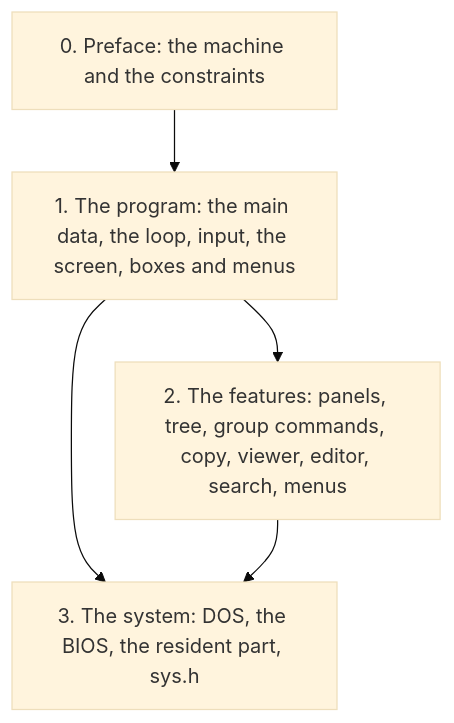
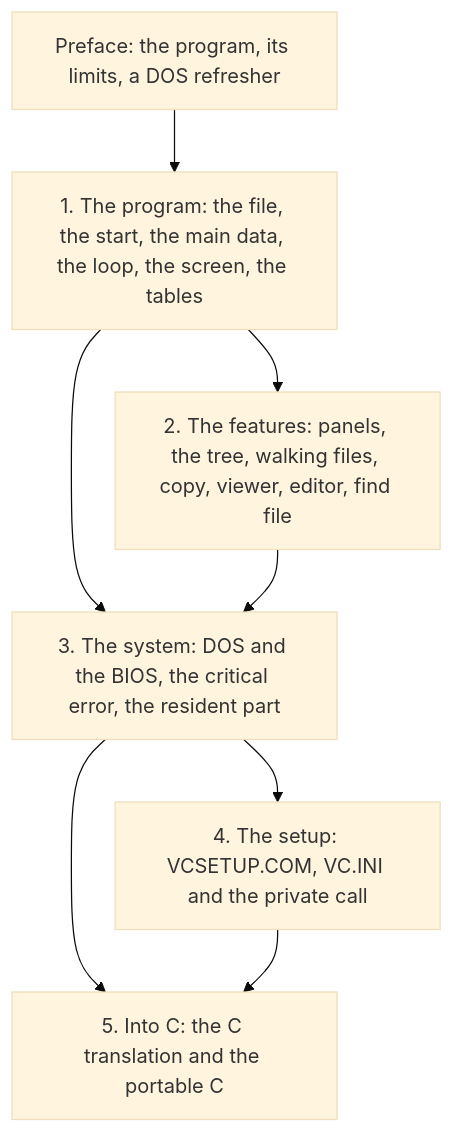
Before and after one commit to mmotorny/vibe_commander: the diagram in docs/design/00-preface.md, drawn with Mermaid (base theme). The commit also changed other lines of this file and 2 other files, not shown here.

First line of the commit message:
Write the design book's preface and contents anew

````diff
--- a/docs/design/00-preface.md
+++ b/docs/design/00-preface.md
@@ -149,11 +140,16 @@
 ```mermaid
 graph TD
-    P["0. Preface: the machine and the constraints"]
-    A["1. The program: the main data, the loop, input, the screen, boxes and menus"]
-    B["2. The features: panels, tree, group commands, copy, viewer, editor, search, menus"]
-    S["3. The system: DOS, the BIOS, the resident part, sys.h"]
-    P --> A
-    A --> B
-    A --> S
-    B --> S
+    P["Preface: the program, its limits, a DOS refresher"]
+    C1["1. The program: the file, the start, the main data, the loop, the screen, the tables"]
+    C2["2. The features: panels, the tree, walking files, copy, viewer, editor, find file"]
+    C3["3. The system: DOS and the BIOS, the critical error, the resident part"]
+    C4["4. The setup: VCSETUP.COM, VC.INI and the private call"]
+    C5["5. Into C: the C translation and the portable C"]
+    P --> C1
+    C1 --> C2
+    C1 --> C3
+    C2 --> C3
+    C3 --> C4
+    C3 --> C5
+    C4 --> C5
 ```
````
